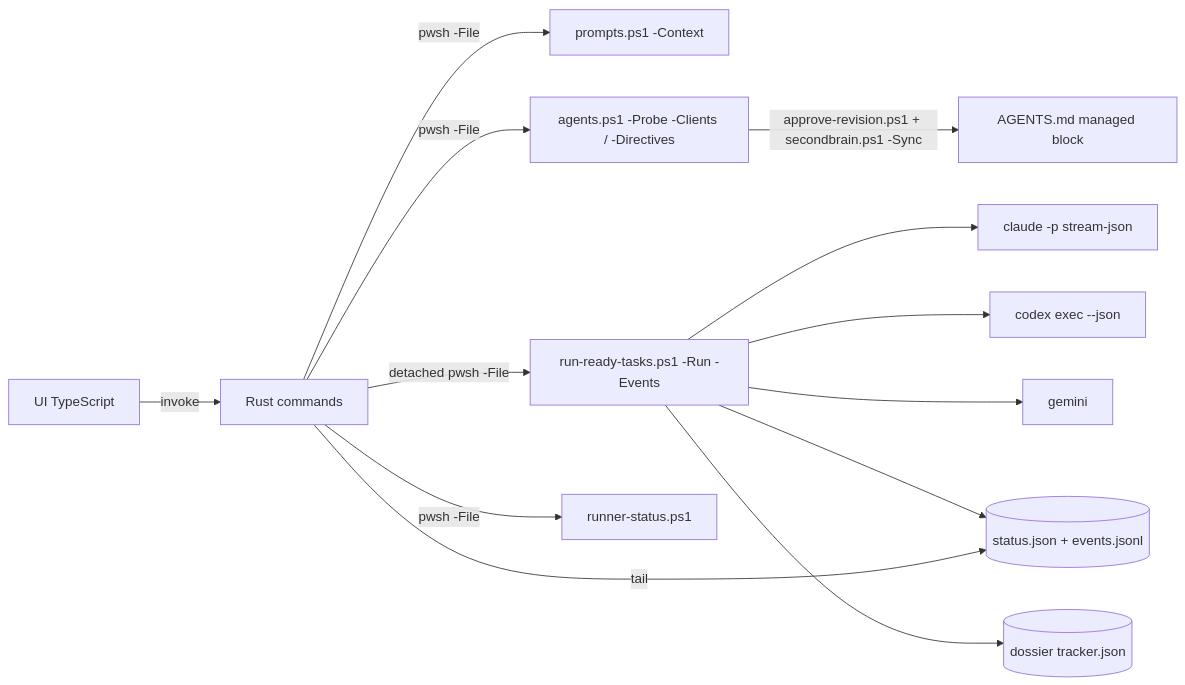
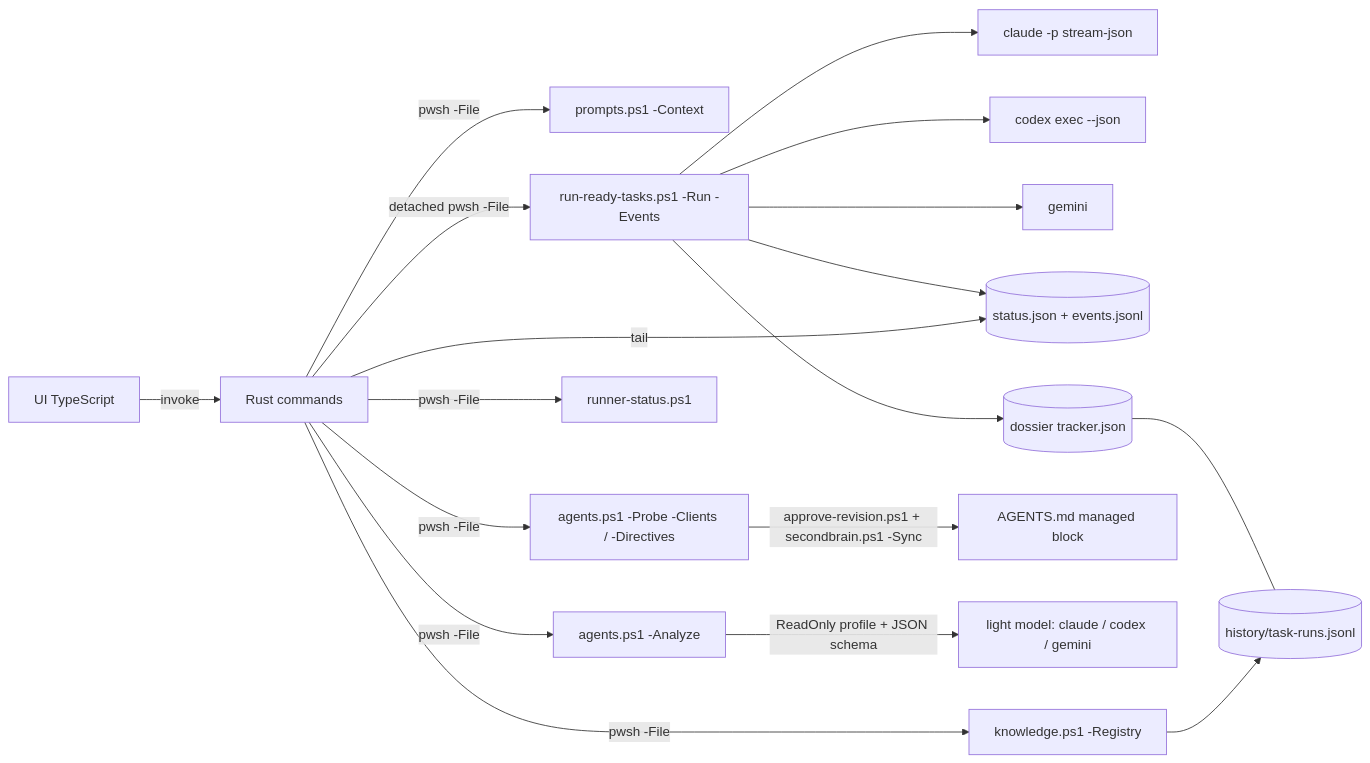
Before and after one commit to dennidalpos/secondbrain: the diagram in docs/orchestratore.md, drawn with Mermaid. The commit also changed other lines of this file and 51 other files, not shown here.

````diff
--- a/docs/orchestratore.md
+++ b/docs/orchestratore.md
@@ -7,15 +7,20 @@
 ```mermaid
 flowchart LR
   UI[UI TypeScript] -->|invoke| RS[Rust commands]
   RS -->|pwsh -File| P[prompts.ps1 -Context]
   RS -->|pwsh -File| A[agents.ps1 -Probe -Clients / -Directives]
   RS -->|detached pwsh -File| R[run-ready-tasks.ps1 -Run -Events]
   RS -->|pwsh -File| S[runner-status.ps1]
   R --> C[claude -p stream-json]
   R --> X[codex exec --json]
   R --> G[gemini]
   R --> F[(status.json + events.jsonl)]
   RS -->|tail| F
   R --> T[(dossier tracker.json)]
   A -->|approve-revision.ps1 + secondbrain.ps1 -Sync| D[AGENTS.md managed block]
+  RS -->|pwsh -File| N[agents.ps1 -Analyze]
+  N -->|ReadOnly profile + JSON schema| L[light model: claude / codex / gemini]
+  RS -->|pwsh -File| K[knowledge.ps1 -Registry]
+  T --- H[(history/task-runs.jsonl)]
+  K --> H
 ```
````
